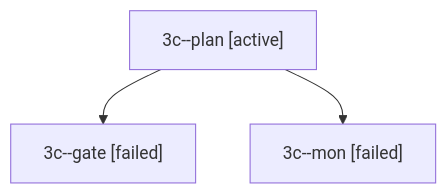
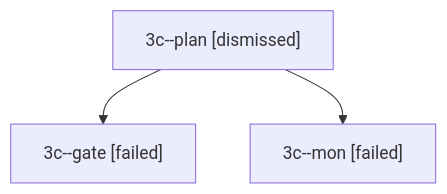
The diagram in sessions/bbugyi200.apollo.3c.md (bobs-org/bob-cli--agents), drawn with Mermaid before and after one commit. The commit also changed other lines of this file and 24 other files, not shown here.

````diff
--- a/sessions/bbugyi200.apollo.3c.md
+++ b/sessions/bbugyi200.apollo.3c.md
@@ -9,8 +9,8 @@
 ```mermaid
 flowchart TD
-  n0["3c--plan [active]"]
+  n0["3c--plan [dismissed]"]
   n1["3c--gate [failed]"]
   n0 --> n1
   n2["3c--mon [failed]"]
   n0 --> n2
 ```
````
